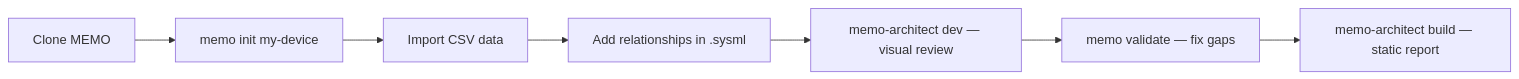
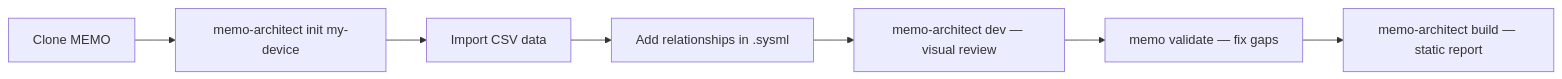
Before and after one commit to memoarchitect/memo-architect: the diagram in docs/src/users/guides-index.md, drawn with Mermaid. The commit also changed 21 other files, not shown here.

Commit message:
memo-architect offers the project commands; docs say memo-architect

````diff
--- a/docs/src/users/guides-index.md
+++ b/docs/src/users/guides-index.md
@@ -33,9 +33,9 @@
 ```mermaid
 graph LR
-    A[Clone MEMO] --> B[memo init my-device]
+    A[Clone MEMO] --> B[memo-architect init my-device]
     B --> C[Import CSV data]
     C --> D[Add relationships in .sysml]
     D --> E[memo-architect dev — visual review]
     E --> F[memo validate — fix gaps]
     F --> G[memo-architect build — static report]
 ```
````
